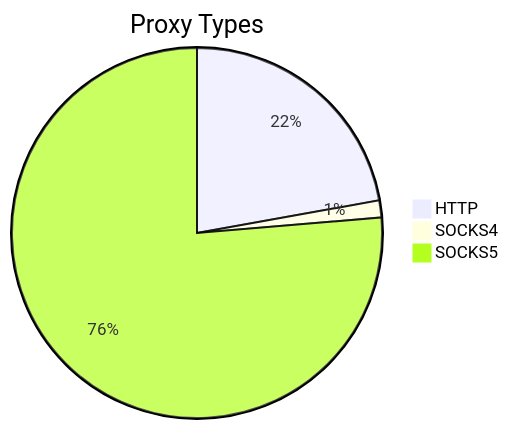
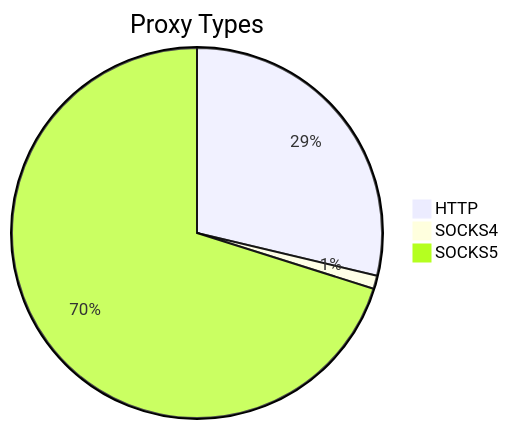
Before and after one commit to stormsia/proxy-list: the first of 2 diagrams in README.md, drawn with Mermaid. The commit also changed other lines of this file, not shown here.

````diff
--- a/README.md
+++ b/README.md
@@ -21,6 +21,6 @@
 ```mermaid
 pie title Proxy Types
-    "HTTP" : 149
-    "SOCKS4" : 10
-    "SOCKS5" : 513
+    "HTTP" : 199
+    "SOCKS4" : 8
+    "SOCKS5" : 486
 ```
````
